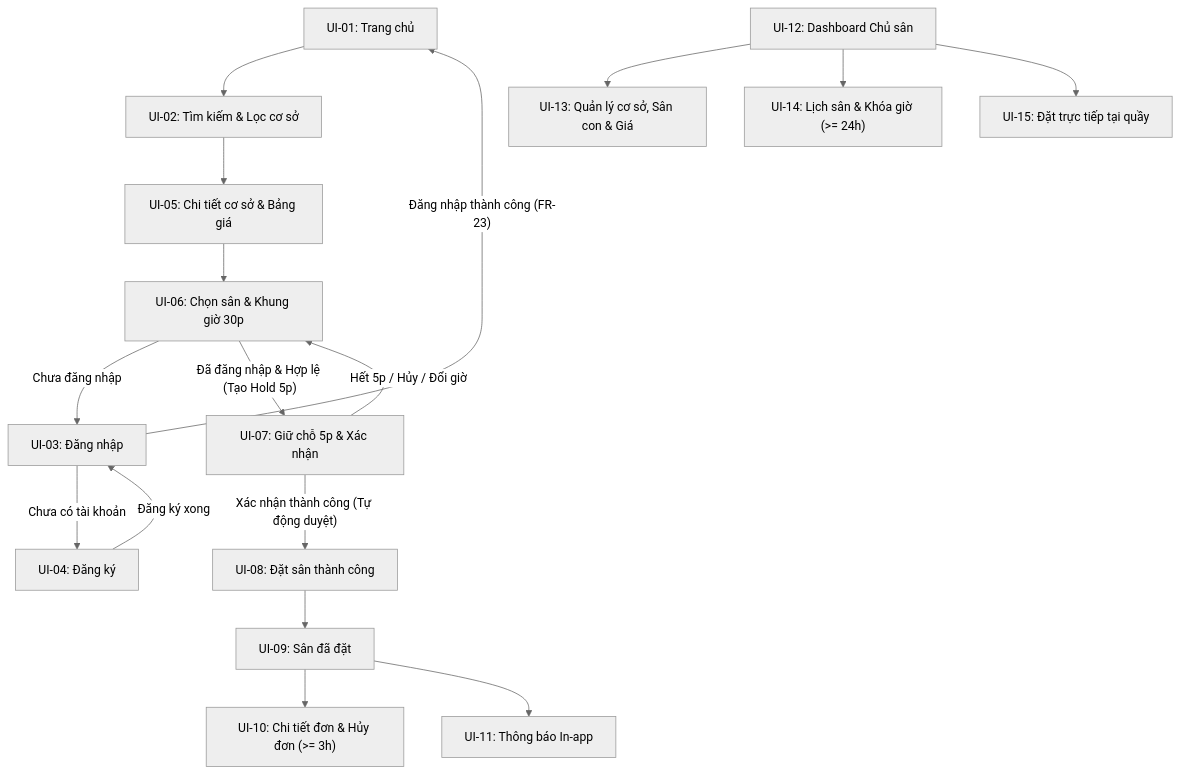
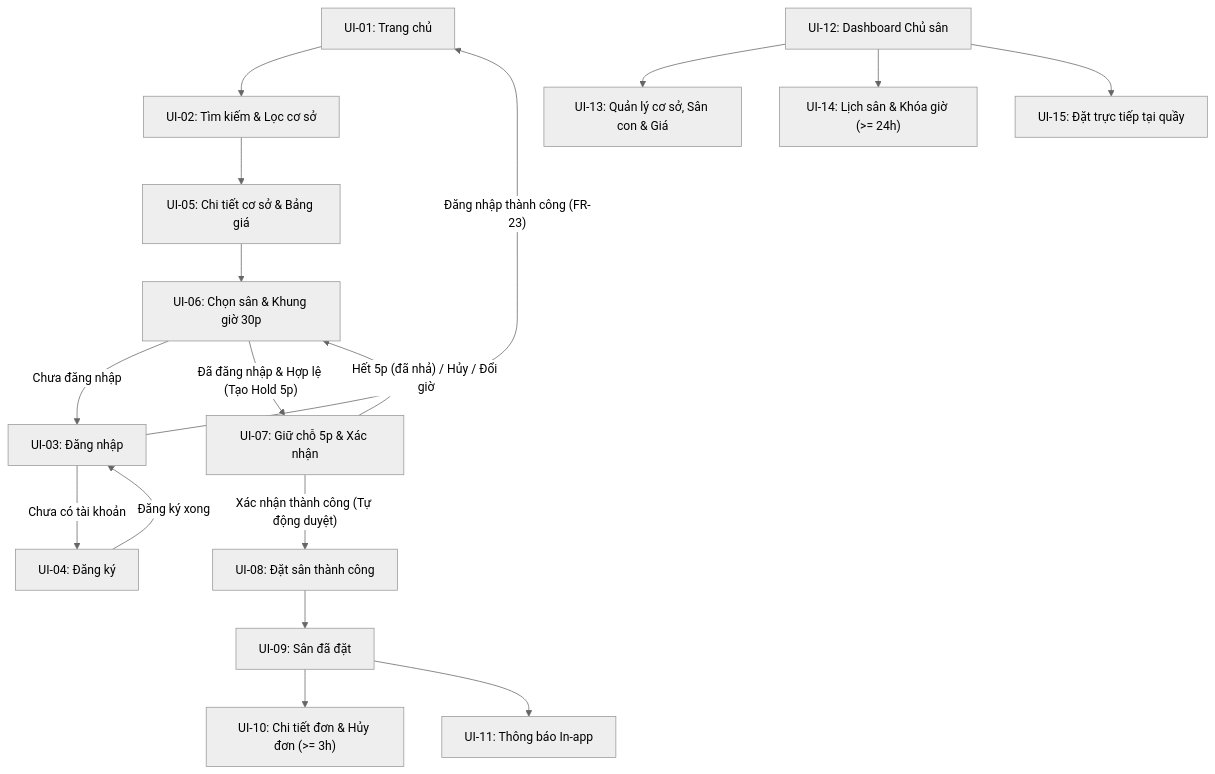
Before and after one commit to buikhoa130406/se-project-t04: the diagram in docs/design/ui/ui-design-specification.md, drawn with Mermaid (neutral theme). The commit also changed other lines of this file, not shown here.

````diff
--- a/docs/design/ui/ui-design-specification.md
+++ b/docs/design/ui/ui-design-specification.md
@@ -40,23 +43,23 @@
 ```mermaid
 flowchart TD
     UI01["UI-01: Trang chủ"] --> UI02["UI-02: Tìm kiếm & Lọc cơ sở"]
     UI02 --> UI05["UI-05: Chi tiết cơ sở & Bảng giá"]
     UI05 --> UI06["UI-06: Chọn sân & Khung giờ 30p"]
     
     UI06 -- "Chưa đăng nhập" --> UI03["UI-03: Đăng nhập"]
     UI03 -- "Chưa có tài khoản" --> UI04["UI-04: Đăng ký"]
     UI04 -- "Đăng ký xong" --> UI03
     UI03 -- "Đăng nhập thành công (FR-23)" --> UI01
     
     UI06 -- "Đã đăng nhập & Hợp lệ (Tạo Hold 5p)" --> UI07["UI-07: Giữ chỗ 5p & Xác nhận"]
     UI07 -- "Xác nhận thành công (Tự động duyệt)" --> UI08["UI-08: Đặt sân thành công"]
-    UI07 -- "Hết 5p / Hủy / Đổi giờ" --> UI06
+    UI07 -- "Hết 5p (đã nhả) / Hủy / Đổi giờ" --> UI06
     
     UI08 --> UI09["UI-09: Sân đã đặt"]
     UI09 --> UI10["UI-10: Chi tiết đơn & Hủy đơn (>= 3h)"]
     UI09 --> UI11["UI-11: Thông báo In-app"]
     
     UI12["UI-12: Dashboard Chủ sân"] --> UI13["UI-13: Quản lý cơ sở, Sân con & Giá"]
     UI12 --> UI14["UI-14: Lịch sân & Khóa giờ (>= 24h)"]
     UI12 --> UI15["UI-15: Đặt trực tiếp tại quầy"]
 ```
````
